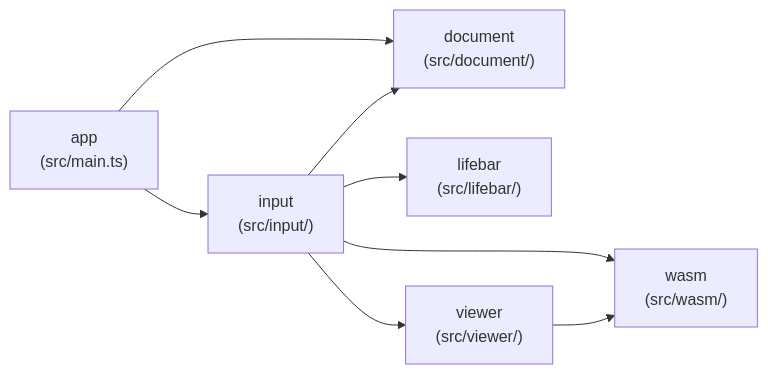
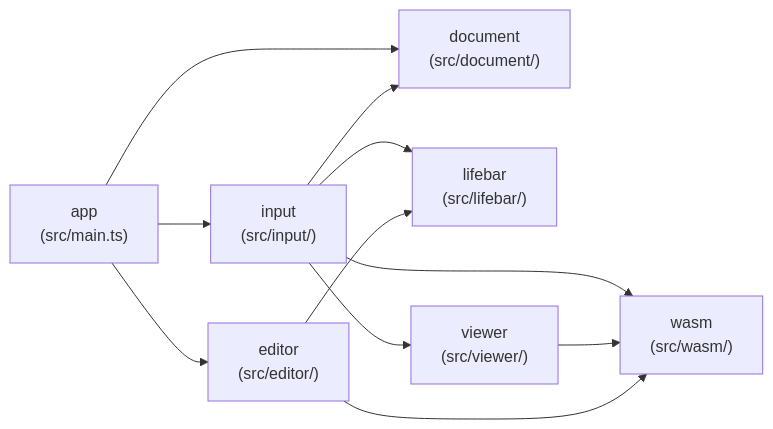
The first of 2 diagrams in docs/architecture.md (openkakutou/lifebar-editor), drawn with Mermaid before and after one commit. The commit also changed other lines of this file and 18 other files, not shown here.

````diff
--- a/docs/architecture.md
+++ b/docs/architecture.md
@@ -13,10 +13,13 @@
 ```mermaid
 flowchart LR
     app["app\n(src/main.ts)"] --> input["input\n(src/input/)"]
     app --> document["document\n(src/document/)"]
+    app --> editor["editor\n(src/editor/)"]
     input --> lifebar["lifebar\n(src/lifebar/)"]
     input --> document
     input --> wasm["wasm\n(src/wasm/)"]
     input --> viewer["viewer\n(src/viewer/)"]
     viewer --> wasm
+    editor --> lifebar
+    editor --> wasm
 ```
````
